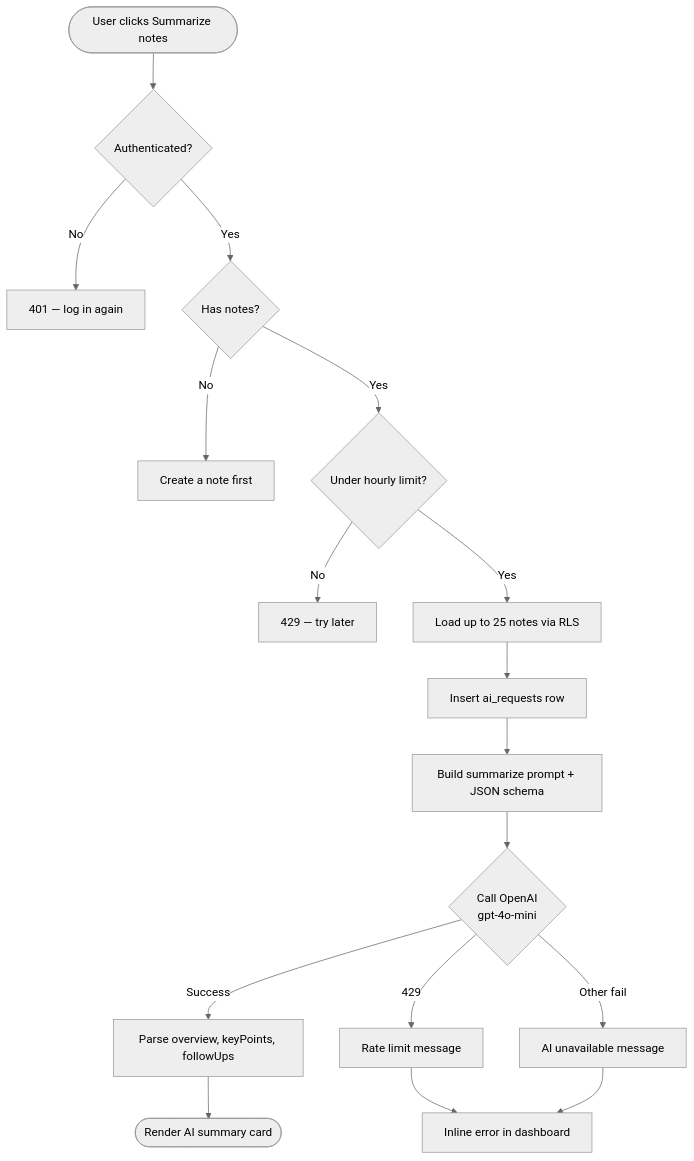
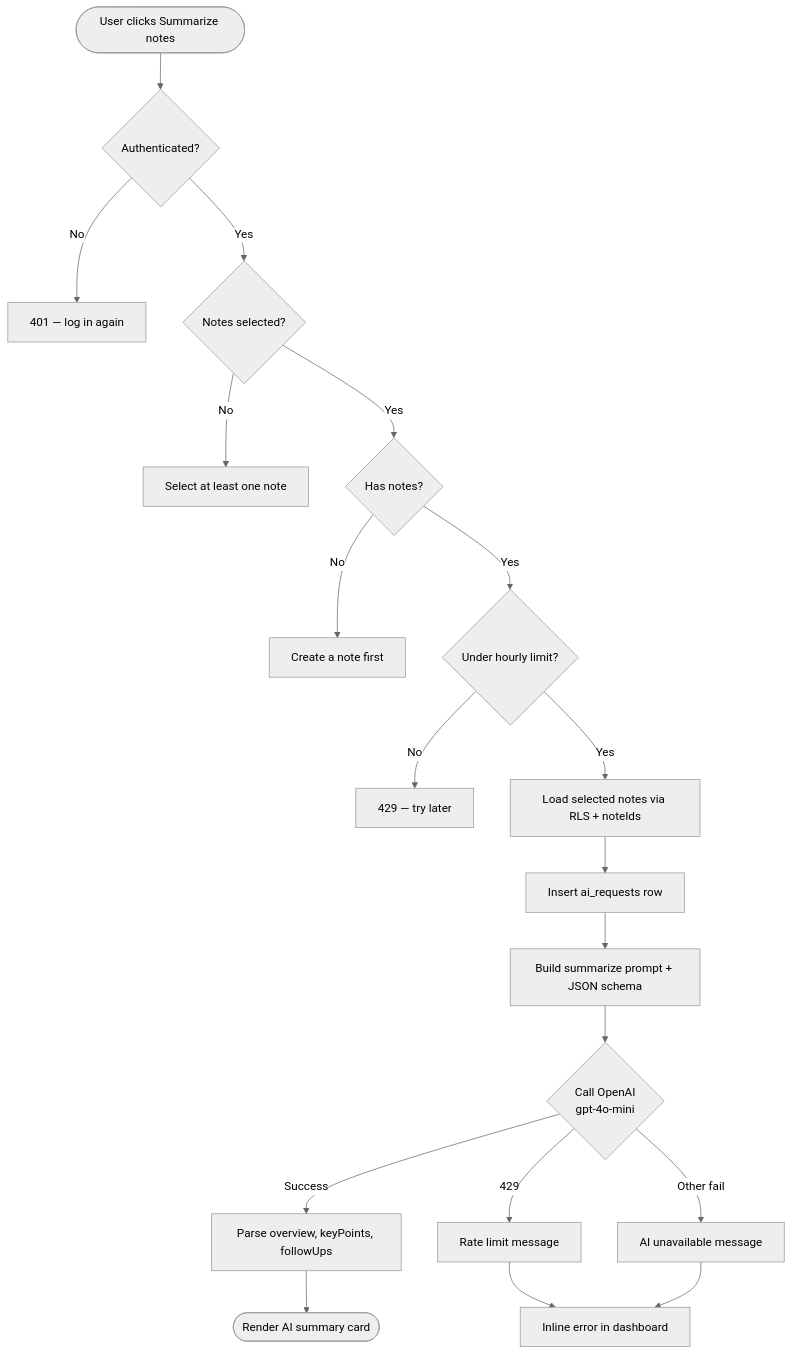
Before and after one commit to Angelica-Vides/Lumenote: the fifth of 19 diagrams in DIAGRAMS.md, drawn with Mermaid (neutral theme). The commit also changed other lines of this file and 22 other files, not shown here.

````diff
--- a/DIAGRAMS.md
+++ b/DIAGRAMS.md
@@ -111,21 +118,23 @@
 ```mermaid
 flowchart TD
     START([User clicks Summarize notes]) --> AUTH{Authenticated?}
     AUTH -- No --> E401[401 — log in again]
-    AUTH -- Yes --> NOTES{Has notes?}
+    AUTH -- Yes --> PICK{Notes selected?}
+    PICK -- No --> E400B[Select at least one note]
+    PICK -- Yes --> NOTES{Has notes?}
     NOTES -- No --> E400[Create a note first]
     NOTES -- Yes --> RATE{Under hourly limit?}
     RATE -- No --> E429[429 — try later]
-    RATE -- Yes --> LOAD[Load up to 25 notes via RLS]
+    RATE -- Yes --> LOAD[Load selected notes via RLS + noteIds]
     LOAD --> LOG[Insert ai_requests row]
     LOG --> PROMPT[Build summarize prompt + JSON schema]
     PROMPT --> LLM{Call OpenAI<br/>gpt-4o-mini}
 
     LLM -- Success --> PARSE[Parse overview, keyPoints, followUps]
     PARSE --> OK([Render AI summary card])
 
     LLM -- 429 --> E429B[Rate limit message]
     LLM -- Other fail --> E503[AI unavailable message]
     E429B --> UI[Inline error in dashboard]
     E503 --> UI
 ```
````
